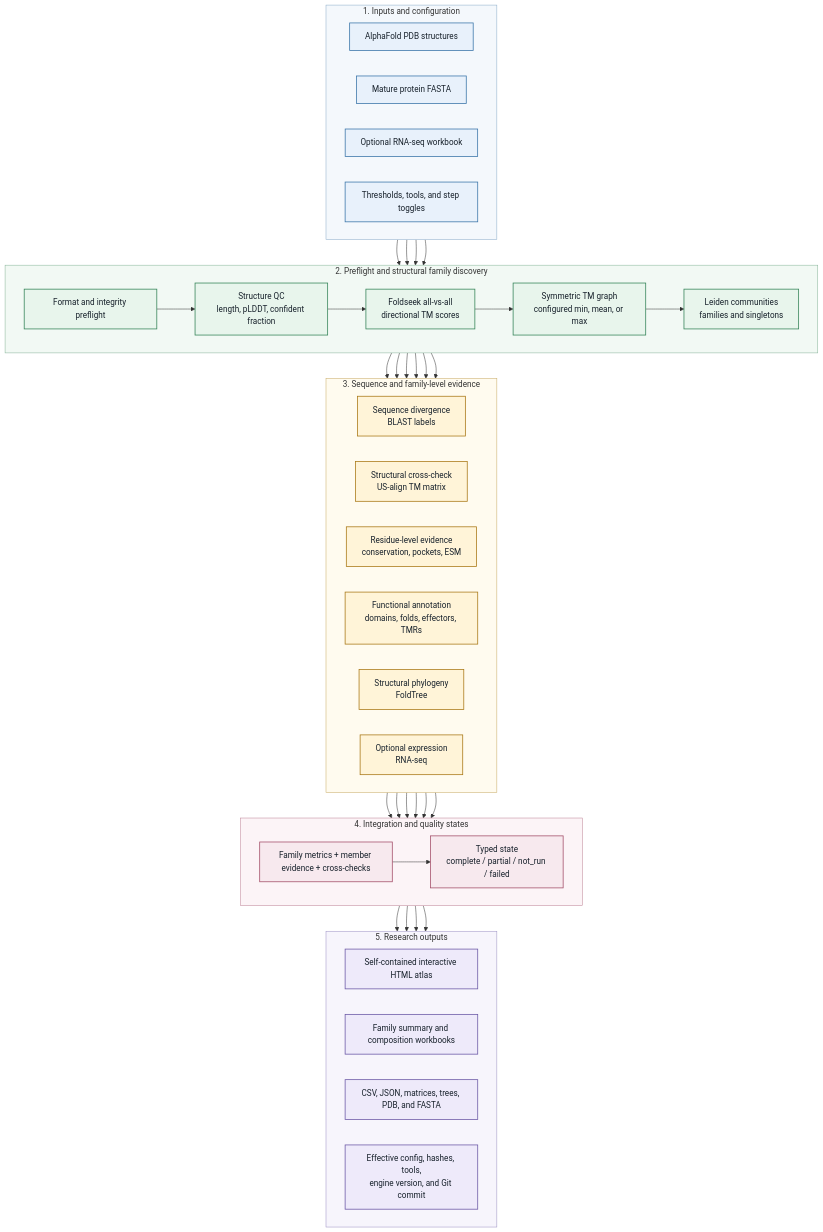
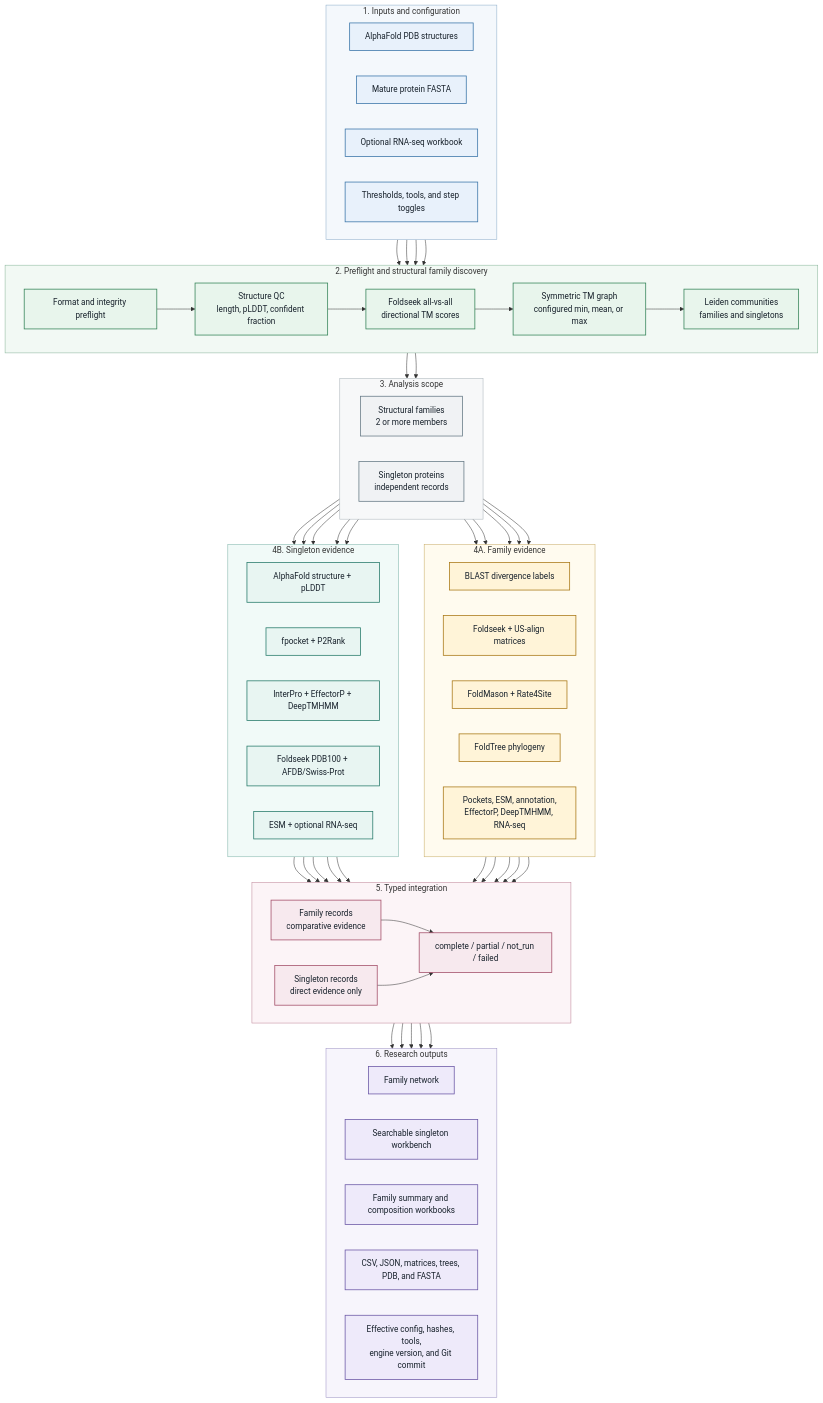
The diagram in README.md (lhchen010/SUSS_protein_Atlas), drawn with Mermaid before and after one commit. The commit also changed other lines of this file and 12 other files, not shown here.

Commit message:
feat: add singleton workbench for v2

````diff
--- a/README.md
+++ b/README.md
@@ -48,26 +51,43 @@
         LEIDEN["Leiden communities<br/>families and singletons"]
     end
 
-    subgraph EVIDENCE["3. Sequence and family-level evidence"]
+    subgraph SPLIT["3. Analysis scope"]
         direction LR
-        SEQUENCE["Sequence divergence<br/>BLAST labels"]
-        STRUCTURE["Structural cross-check<br/>US-align TM matrix"]
-        RESIDUE["Residue-level evidence<br/>conservation, pockets, ESM"]
-        FUNCTION["Functional annotation<br/>domains, folds, effectors, TMRs"]
-        PHYLOGENY["Structural phylogeny<br/>FoldTree"]
-        EXPRESSION["Optional expression<br/>RNA-seq"]
+        FAMILIES["Structural families<br/>2 or more members"]
+        SINGLETONS["Singleton proteins<br/>independent records"]
     end
 
-    subgraph INTEGRATION["4. Integration and quality states"]
+    subgraph FAMILY_EVIDENCE["4A. Family evidence"]
         direction LR
-        FAMILY["Family metrics + member evidence + cross-checks"]
-        STATUS["Typed state<br/>complete / partial / not_run / failed"]
-        FAMILY --> STATUS
+        SEQUENCE["BLAST divergence labels"]
+        STRUCTURE["Foldseek + US-align matrices"]
+        CONSERVATION["FoldMason + Rate4Site"]
+        PHYLOGENY["FoldTree phylogeny"]
+        FAMILY_SHARED["Pockets, ESM, annotation,<br/>EffectorP, DeepTMHMM, RNA-seq"]
     end
 
-    subgraph OUTPUTS["5. Research outputs"]
+    subgraph SINGLETON_EVIDENCE["4B. Singleton evidence"]
         direction LR
-        ATLAS["Self-contained interactive HTML atlas"]
+        SINGLE_STRUCT["AlphaFold structure + pLDDT"]
+        SINGLE_POCKET["fpocket + P2Rank"]
+        SINGLE_ANNO["InterPro + EffectorP + DeepTMHMM"]
+        SINGLE_FOLDSEEK["Foldseek PDB100 + AFDB/Swiss-Prot"]
+        SINGLE_EXPR["ESM + optional RNA-seq"]
+    end
+
+    subgraph INTEGRATION["5. Typed integration"]
+        direction LR
+        FAMILY_RECORD["Family records<br/>comparative evidence"]
+        SINGLE_RECORD["Singleton records<br/>direct evidence only"]
+        STATUS["complete / partial / not_run / failed"]
+        FAMILY_RECORD --> STATUS
+        SINGLE_RECORD --> STATUS
+    end
+
+    subgraph OUTPUTS["6. Research outputs"]
+        direction LR
+        NETWORK["Family network"]
+        WORKBENCH["Searchable singleton workbench"]
         EXCEL["Family summary and composition workbooks"]
         TABLES["CSV, JSON, matrices, trees, PDB, and FASTA"]
         PROV["Effective config, hashes, tools,<br/>engine version, and Git commit"]
@@ -78,36 +98,53 @@
     RNA --> VALIDATE
     CFG --> VALIDATE
     VALIDATE --> QC --> FOLDSEEK --> GRAPH --> LEIDEN
-    LEIDEN --> SEQUENCE
-    LEIDEN --> STRUCTURE
-    LEIDEN --> RESIDUE
-    LEIDEN --> FUNCTION
-    LEIDEN --> PHYLOGENY
-    LEIDEN --> EXPRESSION
-    SEQUENCE --> FAMILY
-    STRUCTURE --> FAMILY
-    RESIDUE --> FAMILY
-    FUNCTION --> FAMILY
-    PHYLOGENY --> FAMILY
-    EXPRESSION --> FAMILY
-    STATUS --> ATLAS
+    LEIDEN --> FAMILIES
+    LEIDEN --> SINGLETONS
+    FAMILIES --> SEQUENCE
+    FAMILIES --> STRUCTURE
+    FAMILIES --> CONSERVATION
+    FAMILIES --> PHYLOGENY
+    FAMILIES --> FAMILY_SHARED
+    SINGLETONS --> SINGLE_STRUCT
+    SINGLETONS --> SINGLE_POCKET
+    SINGLETONS --> SINGLE_ANNO
+    SINGLETONS --> SINGLE_FOLDSEEK
+    SINGLETONS --> SINGLE_EXPR
+    SEQUENCE --> FAMILY_RECORD
+    STRUCTURE --> FAMILY_RECORD
+    CONSERVATION --> FAMILY_RECORD
+    PHYLOGENY --> FAMILY_RECORD
+    FAMILY_SHARED --> FAMILY_RECORD
+    SINGLE_STRUCT --> SINGLE_RECORD
+    SINGLE_POCKET --> SINGLE_RECORD
+    SINGLE_ANNO --> SINGLE_RECORD
+    SINGLE_FOLDSEEK --> SINGLE_RECORD
+    SINGLE_EXPR --> SINGLE_RECORD
+    STATUS --> NETWORK
+    STATUS --> WORKBENCH
     STATUS --> EXCEL
     STATUS --> TABLES
     STATUS --> PROV
 
     classDef input fill:#e8f1fb,stroke:#3974a8,color:#17212b,stroke-width:1.5px;
     classDef core fill:#e8f5ec,stroke:#348357,color:#17212b,stroke-width:1.5px;
-    classDef evidence fill:#fff4d8,stroke:#a97816,color:#17212b,stroke-width:1.5px;
+    classDef split fill:#f0f2f4,stroke:#667985,color:#17212b,stroke-width:1.5px;
+    classDef family fill:#fff4d8,stroke:#a97816,color:#17212b,stroke-width:1.5px;
+    classDef singleton fill:#e8f5f2,stroke:#267a6a,color:#17212b,stroke-width:1.5px;
     classDef integration fill:#f7e9ee,stroke:#a34d68,color:#17212b,stroke-width:1.5px;
     classDef output fill:#eeeafa,stroke:#6a57a5,color:#17212b,stroke-width:1.5px;
     style INPUTS fill:#f4f8fc,stroke:#8aabc8,stroke-width:1px;
     style CORE fill:#f2f9f4,stroke:#86b398,stroke-width:1px;
-    style EVIDENCE fill:#fffbef,stroke:#c7aa63,stroke-width:1px;
+    style SPLIT fill:#f7f8f9,stroke:#a7b1b7,stroke-width:1px;
+    style FAMILY_EVIDENCE fill:#fffbef,stroke:#c7aa63,stroke-width:1px;
+    style SINGLETON_EVIDENCE fill:#f1faf8,stroke:#7ab1a6,stroke-width:1px;
     style INTEGRATION fill:#fcf4f7,stroke:#bd8295,stroke-width:1px;
     style OUTPUTS fill:#f7f5fc,stroke:#9b90c3,stroke-width:1px;
     class PDB,FASTA,RNA,CFG input;
     class VALIDATE,QC,FOLDSEEK,GRAPH,LEIDEN core;
-    class SEQUENCE,STRUCTURE,RESIDUE,FUNCTION,PHYLOGENY,EXPRESSION evidence;
-    class STATUS,FAMILY integration;
-    class ATLAS,EXCEL,TABLES,PROV output;
+    class FAMILIES,SINGLETONS split;
+    class SEQUENCE,STRUCTURE,CONSERVATION,PHYLOGENY,FAMILY_SHARED family;
+    class SINGLE_STRUCT,SINGLE_POCKET,SINGLE_ANNO,SINGLE_FOLDSEEK,SINGLE_EXPR singleton;
+    class STATUS,FAMILY_RECORD,SINGLE_RECORD integration;
+    class NETWORK,WORKBENCH,EXCEL,TABLES,PROV output;
 ```
````
